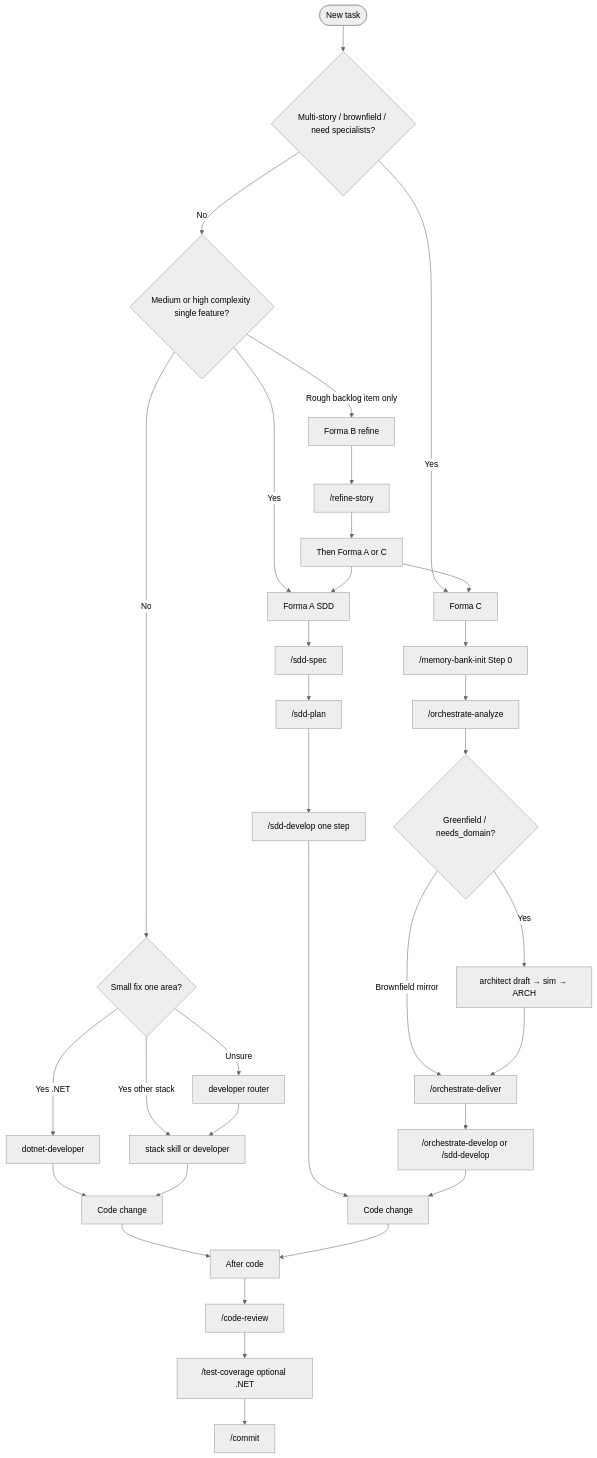
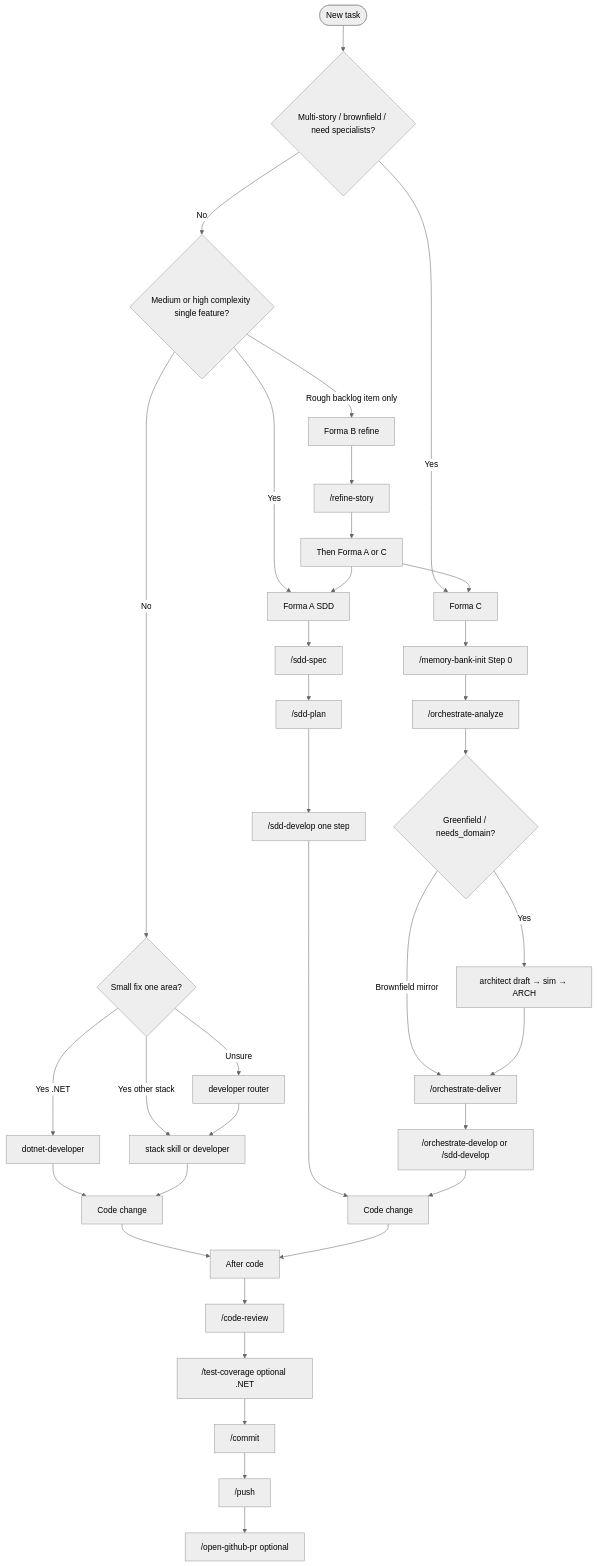
The diagram in docs/guides/README.md (tibursocampos/agent-dev-toolkit), drawn with Mermaid (neutral theme) before and after one commit. The commit also changed other lines of this file and 26 other files, not shown here.

First line of the commit message:
feat(skills): add open-github-pr and wire docs to 37 skills

````diff
--- a/docs/guides/README.md
+++ b/docs/guides/README.md
@@ -29,36 +29,38 @@
 ```mermaid
 flowchart TD
   Start([New task]) --> Q1{Multi-story / brownfield / need specialists?}
   Q1 -->|Yes| FC[Forma C]
   Q1 -->|No| Q2{Medium or high complexity single feature?}
   Q2 -->|Yes| SDD[Forma A SDD]
   Q2 -->|Rough backlog item only| FB[Forma B refine]
   Q2 -->|No| Q3{Small fix one area?}
   Q3 -->|Yes .NET| NET[dotnet-developer]
   Q3 -->|Yes other stack| STACK[stack skill or developer]
   Q3 -->|Unsure| DEV[developer router]
   FC --> S0["/memory-bank-init Step 0"]
   S0 --> O1["/orchestrate-analyze"]
   O1 --> ArchGate{"Greenfield / needs_domain?"}
   ArchGate -->|Yes| Confirm["architect draft → sim → ARCH"]
   ArchGate -->|Brownfield mirror| O2
   Confirm --> O2["/orchestrate-deliver"]
   O2 --> O3["/orchestrate-develop or /sdd-develop"]
   FB --> Refine["/refine-story"]
   Refine --> AorC[Then Forma A or C]
   SDD --> Spec["/sdd-spec"]
   Spec --> Plan["/sdd-plan"]
   Plan --> Impl["/sdd-develop one step"]
   NET --> DoneNet[Code change]
   STACK --> DoneNet
   DEV --> STACK
   Impl --> DoneSdd[Code change]
   O3 --> DoneSdd
   AorC --> SDD
   AorC --> FC
   DoneNet --> Post
   DoneSdd --> Post
   Post[After code] --> CR["/code-review"]
   CR --> TC["/test-coverage optional .NET"]
   TC --> Commit["/commit"]
+  Commit --> Push["/push"]
+  Push --> PR["/open-github-pr optional"]
 ```
````
